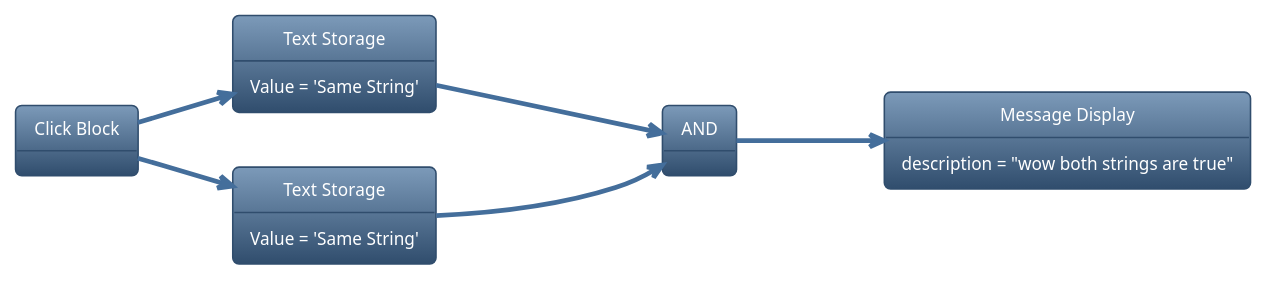
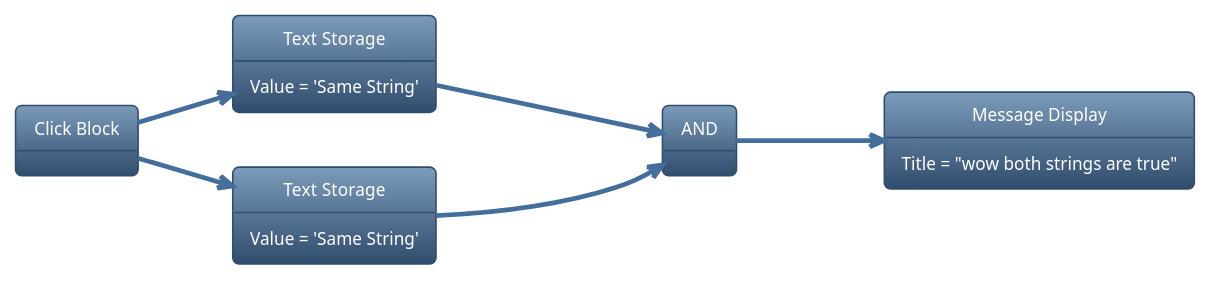
Before and after one commit to chokes-Web-Repositories/Wubby-WikiJS: the first of 12 diagrams in Logic.md, drawn with PlantUML. The commit also changed other lines of this file, not shown here.

````diff
--- a/Logic.md
+++ b/Logic.md
@@ -132,21 +132,21 @@
 ```plantuml
 @startuml
 !theme spacelab
 left to right direction
 object "Click Block" as CB
 object "Text Storage" as TI 
 object "Text Storage" as TI2
 object AND
 object "Message Display" as MD
 
-MD : description = "wow both strings are true"
+MD : Title = "wow both strings are true"
 TI : Value = 'Same String'
 TI2 : Value = 'Same String'
 
 CB --> TI
 CB --> TI2
 TI --> AND : 'Same String'
 TI2 --> AND : 'Same String'
 AND --> MD : true
 @enduml
 ```
````
